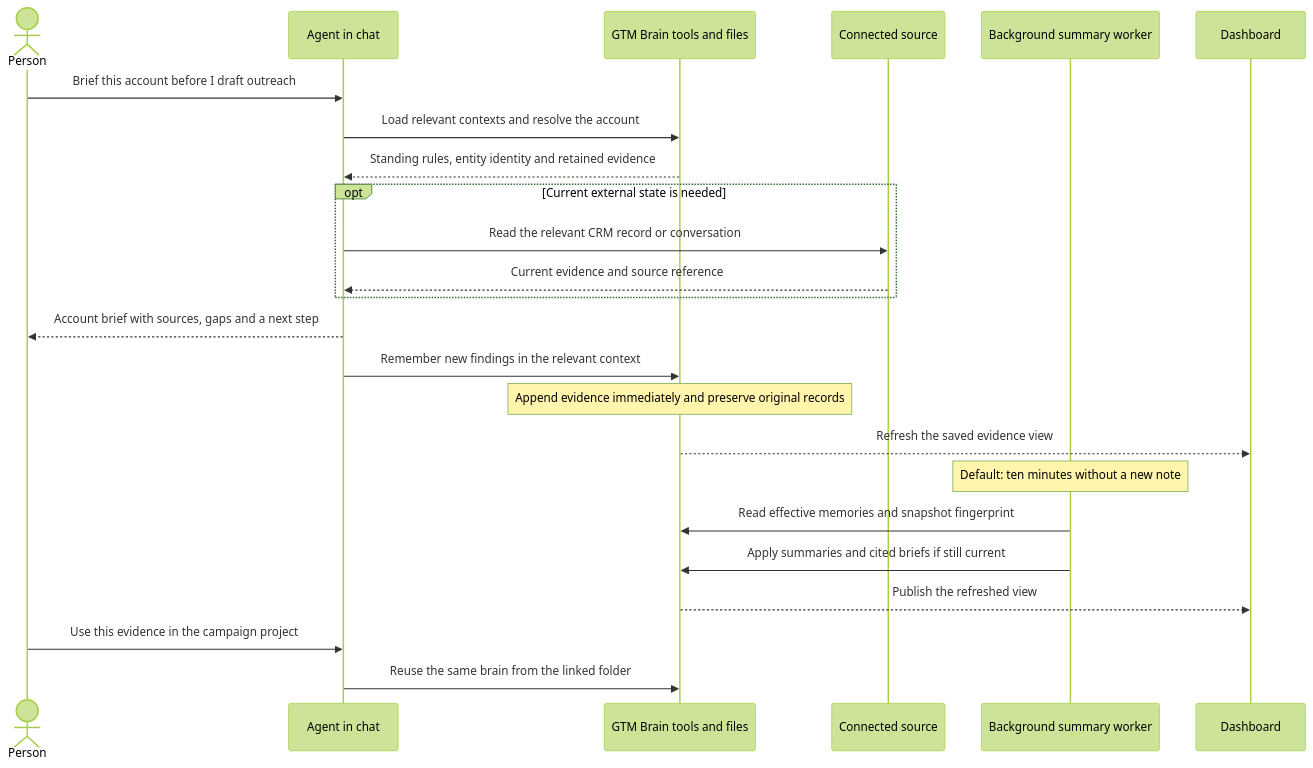
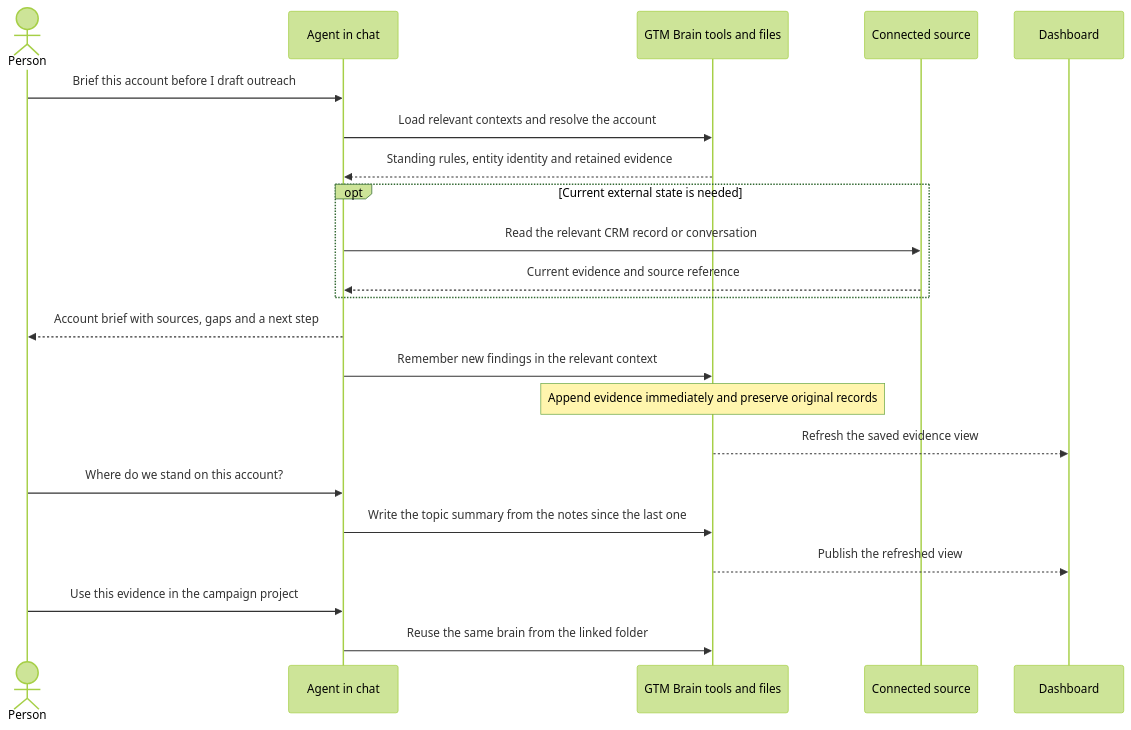
Before and after one commit to gtm-week/gtm-brain: the fourth of 4 diagrams in README.md, drawn with Mermaid (forest theme). The commit also changed other lines of this file, not shown here.

First line of the commit message:
README: every part of the brain, with the four parts, the chat, tools, team and updating

````diff
--- a/README.md
+++ b/README.md
@@ -301,27 +595,25 @@
 ```mermaid
 sequenceDiagram
   actor Person
   participant Agent as Agent in chat
   participant Brain as GTM Brain tools and files
   participant Source as Connected source
-  participant Worker as Background summary worker
   participant Dashboard
 
   Person->>Agent: Brief this account before I draft outreach
   Agent->>Brain: Load relevant contexts and resolve the account
   Brain-->>Agent: Standing rules, entity identity and retained evidence
   opt Current external state is needed
     Agent->>Source: Read the relevant CRM record or conversation
     Source-->>Agent: Current evidence and source reference
   end
   Agent-->>Person: Account brief with sources, gaps and a next step
   Agent->>Brain: Remember new findings in the relevant context
   Note over Brain: Append evidence immediately and preserve original records
   Brain-->>Dashboard: Refresh the saved evidence view
-  Note over Worker: Default: ten minutes without a new note
-  Worker->>Brain: Read effective memories and snapshot fingerprint
-  Worker->>Brain: Apply summaries and cited briefs if still current
+  Person->>Agent: Where do we stand on this account?
+  Agent->>Brain: Write the topic summary from the notes since the last one
   Brain-->>Dashboard: Publish the refreshed view
   Person->>Agent: Use this evidence in the campaign project
   Agent->>Brain: Reuse the same brain from the linked folder
 ```
````
